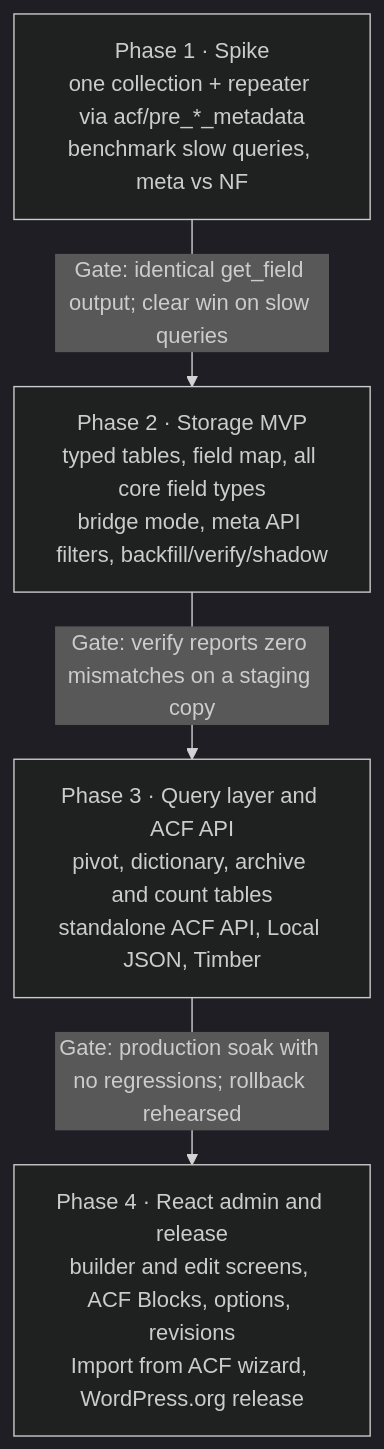
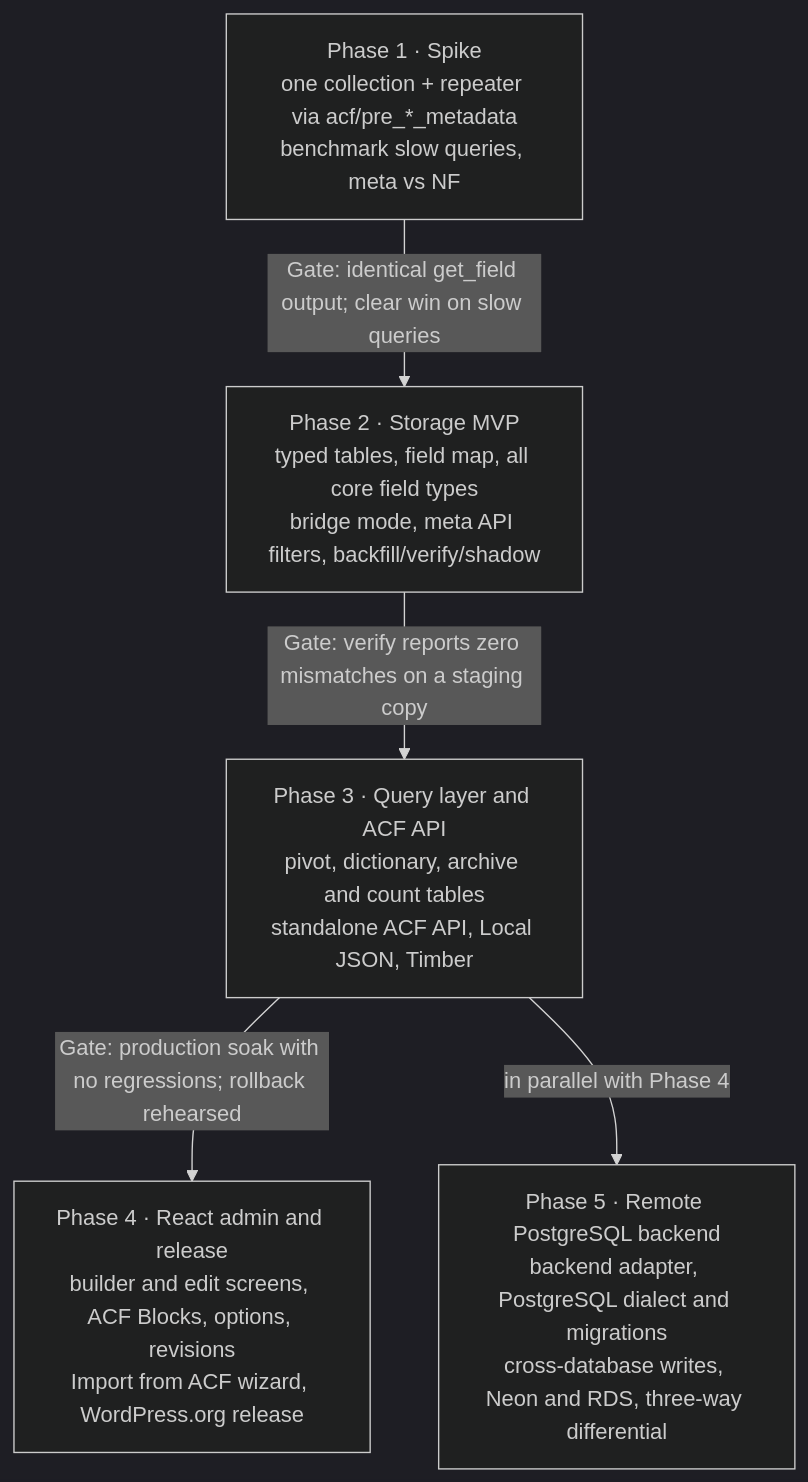
Before and after one commit to gentecsys/normalized-fields: the second of 2 diagrams in docs/design.md, drawn with Mermaid (dark theme). The commit also changed other lines of this file and 4 other files, not shown here.

First line of the commit message:
Plan remote PostgreSQL backend: ADR-0009, Phase 5, nf_db() seam rule

````diff
--- a/docs/design.md
+++ b/docs/design.md
@@ -1187,10 +1287,12 @@
 ```mermaid
 flowchart TB
   p1["Phase 1 · Spike<br/>one collection + repeater via acf/pre_*_metadata<br/>benchmark slow queries, meta vs NF"]
   p2["Phase 2 · Storage MVP<br/>typed tables, field map, all core field types<br/>bridge mode, meta API filters, backfill/verify/shadow"]
   p3["Phase 3 · Query layer and ACF API<br/>pivot, dictionary, archive and count tables<br/>standalone ACF API, Local JSON, Timber"]
   p4["Phase 4 · React admin and release<br/>builder and edit screens, ACF Blocks, options, revisions<br/>Import from ACF wizard, WordPress.org release"]
+  p5["Phase 5 · Remote PostgreSQL backend<br/>backend adapter, PostgreSQL dialect and migrations<br/>cross-database writes, Neon and RDS, three-way differential"]
   p1 -->|"Gate: identical get_field output; clear win on slow queries"| p2
   p2 -->|"Gate: verify reports zero mismatches on a staging copy"| p3
   p3 -->|"Gate: production soak with no regressions; rollback rehearsed"| p4
+  p3 -->|"in parallel with Phase 4"| p5
 ```
````
